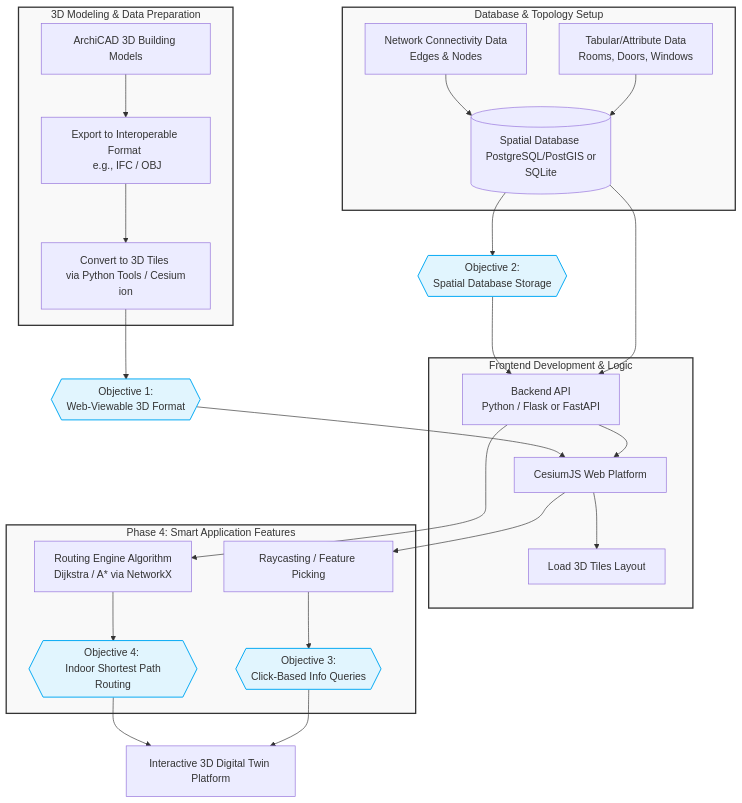
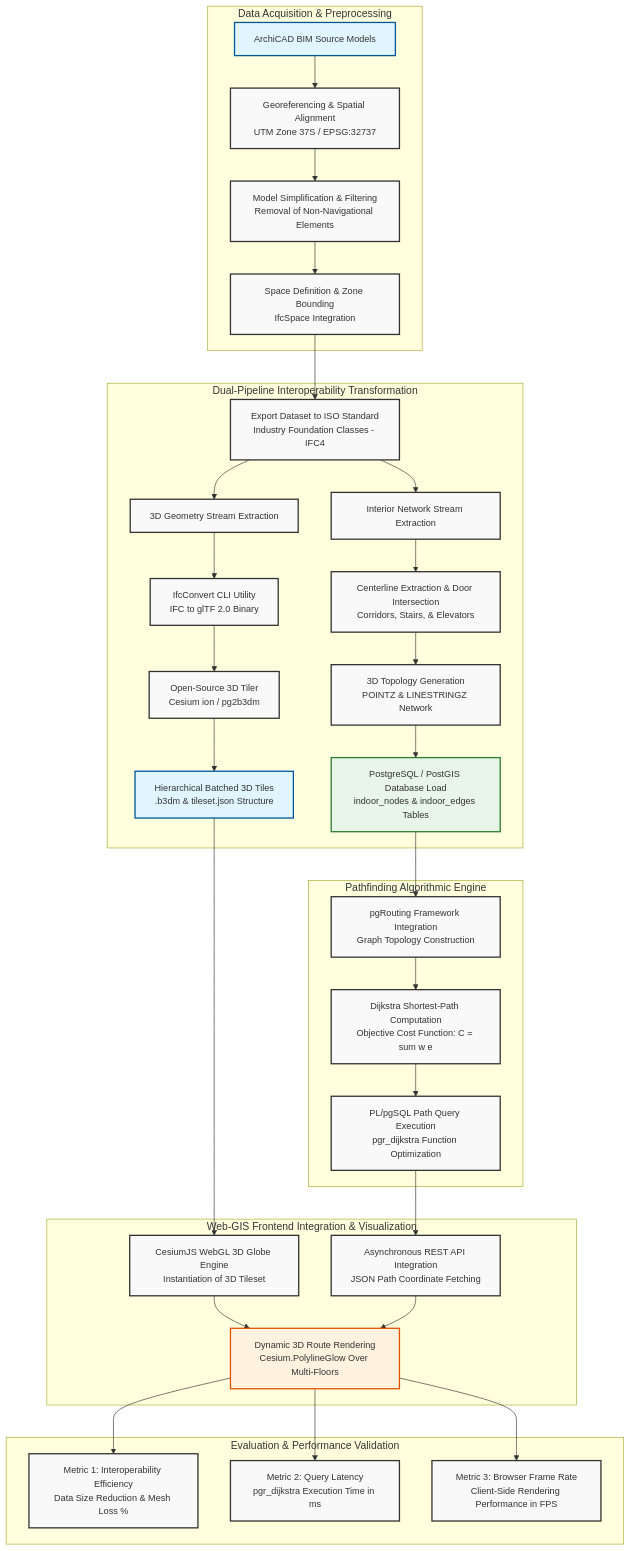
The diagram in flowchart.mermaid (Daniell22-dot/Dijkstra-s-Algorithm), drawn with Mermaid before and after one commit. The commit also changed 46 other files, not shown here.

Commit message:
extract data from ifc files

```diff
--- a/flowchart.mermaid
+++ b/flowchart.mermaid
@@ -1,49 +1,46 @@
----
-id: 4096dc69-dba5-48ef-8abf-d7df177aeebf
----
 graph TD
-    %% Styling
-    classDef phase fill:#f9f9f9,stroke:#333,stroke-width:2px;
-    classDef step fill:#fff,stroke:#666,stroke-width:1px;
-    classDef obj fill:#e1f5fe,stroke:#03a9f4,stroke-width:1.5px;
-    
-    %% Data Acquisition & Modeling
-    subgraph P1 [3D Modeling & Data Preparation]
-        A[ArchiCAD 3D Building Models] --> B[Export to Interoperable Format <br> e.g., IFC / OBJ]
-        B --> C[Convert to 3D Tiles <br> via Python Tools / Cesium ion]
+    classDef process fill:#f9f9f9,stroke:#333,stroke-width:2px,font-family:Arial,font-size:14px;
+    classDef data fill:#e1f5fe,stroke:#01579b,stroke-width:2px,font-family:Arial,font-size:14px;
+    classDef db fill:#e8f5e9,stroke:#2e7d32,stroke-width:2px,font-family:Arial,font-size:14px;
+    classDef output fill:#fff3e0,stroke:#e65100,stroke-width:2px,font-family:Arial,font-size:14px;
+
+    subgraph PHASE_1 [Data Acquisition & Preprocessing]
+        A1[ArchiCAD BIM Source Models]:::data --> A2[Georeferencing & Spatial Alignment<br/>UTM Zone 37S / EPSG:32737]:::process
+        A2 --> A3[Model Simplification & Filtering<br/>Removal of Non-Navigational Elements]:::process
+        A3 --> A4[Space Definition & Zone Bounding<br/>IfcSpace Integration]:::process
     end
-    class P1 phase;
 
-    %% Spatial Database Development
-    subgraph P2 [Database & Topology Setup]
-        D[Tabular/Attribute Data <br> Rooms, Doors, Windows] --> E[(Spatial Database <br> PostgreSQL/PostGIS or SQLite)]
-        F[Network Connectivity Data <br> Edges & Nodes] --> E
+    subgraph PHASE_2 [Dual-Pipeline Interoperability Transformation]
+        A4 --> B1[Export Dataset to ISO Standard<br/>Industry Foundation Classes - IFC4]:::process
+        
+        %% Stream 1: Visualization Pipeline
+        B1 --> C1[3D Geometry Stream Extraction]:::process
+        C1 --> C2[IfcConvert CLI Utility<br/>IFC to glTF 2.0 Binary]:::process
+        C2 --> C3[Open-Source 3D Tiler<br/>Cesium ion / pg2b3dm]:::process
+        C3 --> C4[Hierarchical Batched 3D Tiles<br/>.b3dm & tileset.json Structure]:::data
+
+        %% Stream 2: Network Topology Pipeline
+        B1 --> D1[Interior Network Stream Extraction]:::process
+        D1 --> D2[Centerline Extraction & Door Intersection<br/>Corridors, Stairs, & Elevators]:::process
+        D2 --> D3[3D Topology Generation<br/>POINTZ & LINESTRINGZ Network]:::process
+        D3 --> D4[PostgreSQL / PostGIS Database Load<br/>indoor_nodes & indoor_edges Tables]:::db
     end
-    class P2 phase;
 
-    %% Web-GIS System Integration
-    subgraph P3 [Frontend Development & Logic]
-        G[CesiumJS Web Platform] --> H[Load 3D Tiles Layout]
-        E --> I[Backend API <br> Python / Flask or FastAPI]
-        I --> G
+    subgraph PHASE_3 [Pathfinding Algorithmic Engine]
+        D4 --> E1[pgRouting Framework Integration<br/>Graph Topology Construction]:::process
+        E1 --> E2[Dijkstra Shortest-Path Computation<br/>Objective Cost Function: C = sum w e]:::process
+        E2 --> E3[PL/pgSQL Path Query Execution<br/>pgr_dijkstra Function Optimization]:::process
     end
-    class P3 phase;
 
-    %% Specific Objectives Mapping
-    C --> Obj1{{"Objective 1: <br> Web-Viewable 3D Format"}}:::obj
-    E --> Obj2{{"Objective 2: <br> Spatial Database Storage"}}:::obj
-    
-    subgraph P4 [Phase 4: Smart Application Features]
-        G --> J[Raycasting / Feature Picking]
-        J --> Obj3{{"Objective 3: <br> Click-Based Info Queries"}}:::obj
-        
-        I --> K[Routing Engine Algorithm <br> Dijkstra / A* via NetworkX]
-        K --> Obj4{{"Objective 4: <br> Indoor Shortest Path Routing"}}:::obj
+    subgraph PHASE_4 [Web-GIS Frontend Integration & Visualization]
+        C4 --> F1[CesiumJS WebGL 3D Globe Engine<br/>Instantiation of 3D Tileset]:::process
+        E3 --> F2[Asynchronous REST API Integration<br/>JSON Path Coordinate Fetching]:::process
+        F1 --> F3[Dynamic 3D Route Rendering<br/>Cesium.PolylineGlow Over Multi-Floors]:::output
+        F2 --> F3
     end
-    class P4 phase;
-    
-    %% Connections across subgraphs
-    Obj1 --> G
-    Obj2 --> I
-    Obj3 --> L[Interactive 3D Digital Twin Platform]
-    Obj4 --> L
+
+    subgraph PHASE_5 [Evaluation & Performance Validation]
+        F3 --> G1[Metric 1: Interoperability Efficiency<br/>Data Size Reduction & Mesh Loss %]:::process
+        F3 --> G2[Metric 2: Query Latency<br/>pgr_dijkstra Execution Time in ms]:::process
+        F3 --> G3[Metric 3: Browser Frame Rate<br/>Client-Side Rendering Performance in FPS]:::process
+    end
```
